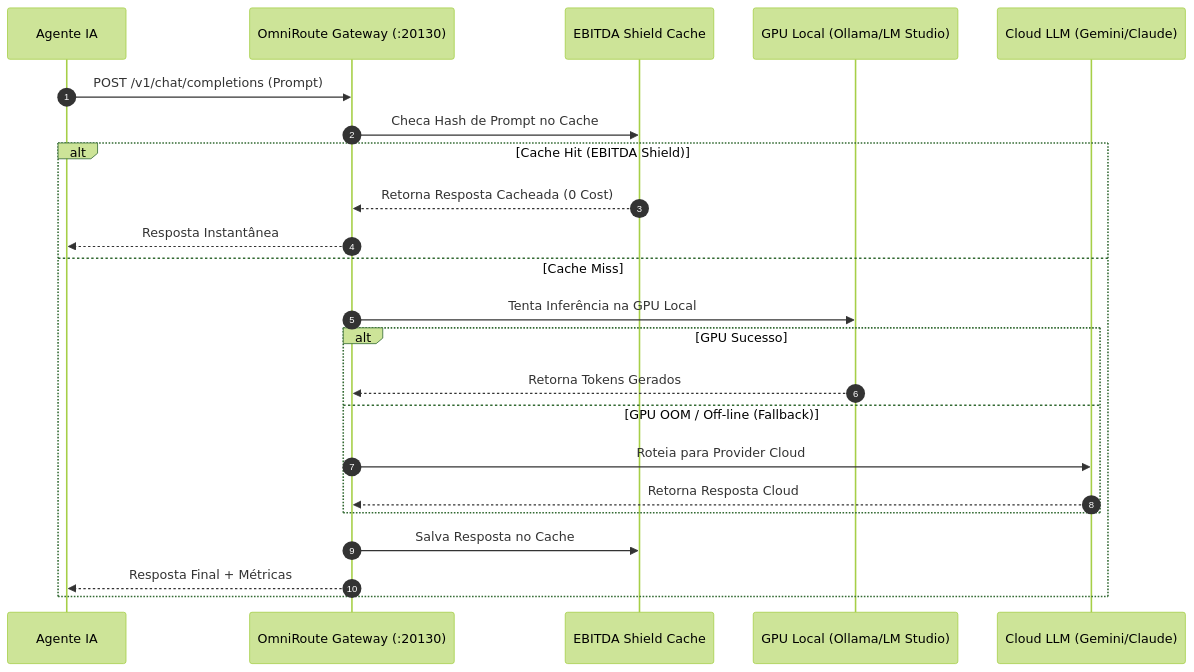
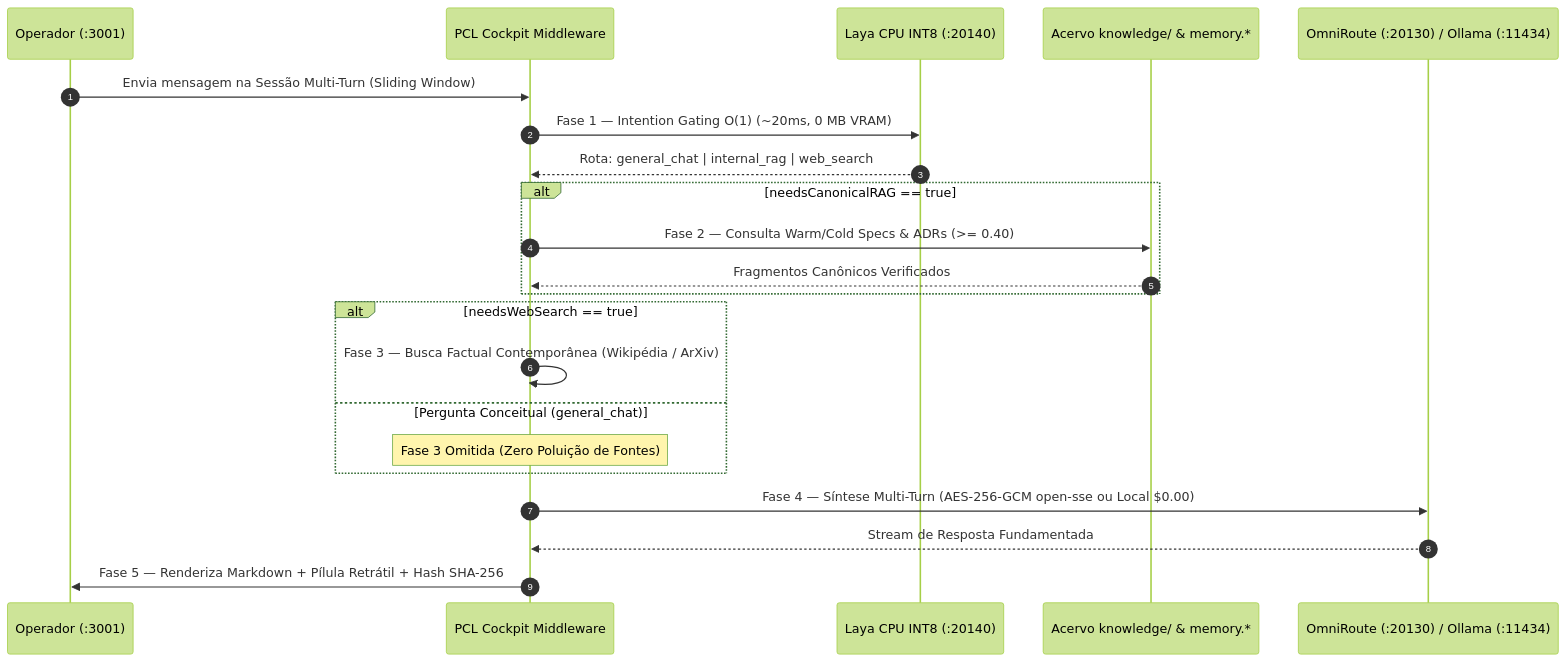
Before and after one commit to EnterDufter/PromptCoreLabs_AEOS: the diagram in projects/Living Architecture PCL AEOS/docs/runtime/README.md, drawn with Mermaid (forest theme). The commit also changed other lines of this file and 34 other files, not shown here.

First line of the commit message:
docs(aeos-v3.6): upgrade complete repository & Living Architecture portal with pure UTF-8, Dual-Track narrative & Cortex v7 diagrams

````diff
--- a/projects/Living Architecture PCL AEOS/docs/runtime/README.md
+++ b/projects/Living Architecture PCL AEOS/docs/runtime/README.md
@@ -26,26 +33,25 @@
 ```mermaid
 sequenceDiagram
     autonumber
-    participant Agent as Agente IA
-    participant Omni as OmniRoute Gateway (:20130)
-    participant Cache as EBITDA Shield Cache
-    participant GPU as GPU Local (Ollama/LM Studio)
-    participant Cloud as Cloud LLM (Gemini/Claude)
+    participant Op as Operador (:3001)
+    participant Cock as PCL Cockpit Middleware
+    participant Laya as Laya CPU INT8 (:20140)
+    participant RAG as Acervo knowledge/ & memory.*
+    participant Gen as OmniRoute (:20130) / Ollama (:11434)
 
-    Agent->>Omni: POST /v1/chat/completions (Prompt)
-    Omni->>Cache: Checa Hash de Prompt no Cache
-    alt Cache Hit (EBITDA Shield)
-        Cache-->>Omni: Retorna Resposta Cacheada (0 Cost)
-        Omni-->>Agent: Resposta Instantânea
-    else Cache Miss
-        Omni->>GPU: Tenta Inferência na GPU Local
-        alt GPU Sucesso
-            GPU-->>Omni: Retorna Tokens Gerados
-        else GPU OOM / Off-line (Fallback)
-            Omni->>Cloud: Roteia para Provider Cloud
-            Cloud-->>Omni: Retorna Resposta Cloud
-        end
-        Omni->>Cache: Salva Resposta no Cache
-        Omni-->>Agent: Resposta Final + Métricas
+    Op->>Cock: Envia mensagem na Sessão Multi-Turn (Sliding Window)
+    Cock->>Laya: Fase 1 — Intention Gating O(1) (~20ms, 0 MB VRAM)
+    Laya-->>Cock: Rota: general_chat | internal_rag | web_search
+    alt needsCanonicalRAG == true
+        Cock->>RAG: Fase 2 — Consulta Warm/Cold Specs & ADRs (>= 0.40)
+        RAG-->>Cock: Fragmentos Canônicos Verificados
     end
+    alt needsWebSearch == true
+        Cock->>Cock: Fase 3 — Busca Factual Contemporânea (Wikipédia / ArXiv)
+    else Pergunta Conceitual (general_chat)
+        Note over Cock: Fase 3 Omitida (Zero Poluição de Fontes)
+    end
+    Cock->>Gen: Fase 4 — Síntese Multi-Turn (AES-256-GCM open-sse ou Local $0.00)
+    Gen-->>Cock: Stream de Resposta Fundamentada
+    Cock->>Op: Fase 5 — Renderiza Markdown + Pílula Retrátil + Hash SHA-256
 ```
````
